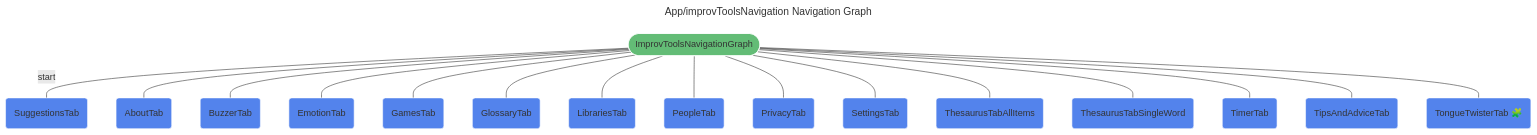
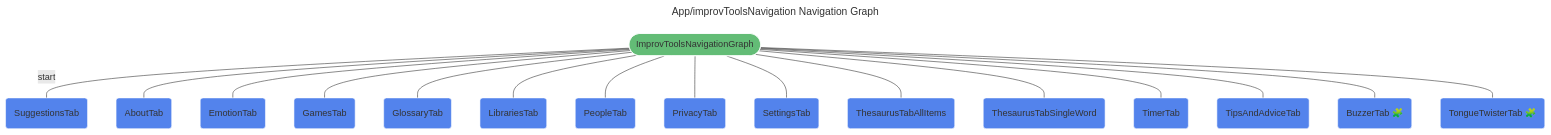
The diagram in docs/static/ImprovToolsNavigationNavGraph.mmd (brokenkernel/improvtools), drawn with Mermaid before and after one commit. The commit also changed 8 other files, not shown here.

First line of the commit message:
[buzzer] move destination into buzzer module

```diff
--- a/docs/static/ImprovToolsNavigationNavGraph.mmd
+++ b/docs/static/ImprovToolsNavigationNavGraph.mmd
@@ -1,26 +1,26 @@
 ---
 title: App/improvToolsNavigation Navigation Graph
 ---
 %%{init: {'theme':'base', 'themeVariables': { 'primaryTextColor': '#fff' }}%%
 graph TD
 app/improv_tools_navigation(["ImprovToolsNavigationGraph"]) -- "start" --- app/suggestions_tab("SuggestionsTab")
 app/improv_tools_navigation(["ImprovToolsNavigationGraph"]) --- app/about_tab("AboutTab")
-app/improv_tools_navigation(["ImprovToolsNavigationGraph"]) --- app/buzzer_tab("BuzzerTab")
 app/improv_tools_navigation(["ImprovToolsNavigationGraph"]) --- app/emotion_tab("EmotionTab")
 app/improv_tools_navigation(["ImprovToolsNavigationGraph"]) --- app/games_tab("GamesTab")
 app/improv_tools_navigation(["ImprovToolsNavigationGraph"]) --- app/glossary_tab("GlossaryTab")
 app/improv_tools_navigation(["ImprovToolsNavigationGraph"]) --- app/libraries_tab("LibrariesTab")
 app/improv_tools_navigation(["ImprovToolsNavigationGraph"]) --- app/people_tab("PeopleTab")
 app/improv_tools_navigation(["ImprovToolsNavigationGraph"]) --- app/privacy_tab("PrivacyTab")
 app/improv_tools_navigation(["ImprovToolsNavigationGraph"]) --- app/settings_tab("SettingsTab")
 app/improv_tools_navigation(["ImprovToolsNavigationGraph"]) --- app/thesaurus_tab_all_items("ThesaurusTabAllItems")
 app/improv_tools_navigation(["ImprovToolsNavigationGraph"]) --- app/thesaurus_tab_single_word("ThesaurusTabSingleWord")
 app/improv_tools_navigation(["ImprovToolsNavigationGraph"]) --- app/timer_tab("TimerTab")
 app/improv_tools_navigation(["ImprovToolsNavigationGraph"]) --- app/tips_and_advice_tab("TipsAndAdviceTab")
+app/improv_tools_navigation(["ImprovToolsNavigationGraph"]) --- buzzer_tab_destination("BuzzerTab 🧩")
 app/improv_tools_navigation(["ImprovToolsNavigationGraph"]) --- tongue_twister_tab_destination("TongueTwisterTab 🧩")
 
 
 classDef destination fill:#5383EC,stroke:#ffffff;
-class app/about_tab,app/buzzer_tab,app/emotion_tab,app/games_tab,app/glossary_tab,app/libraries_tab,app/people_tab,app/privacy_tab,app/settings_tab,app/suggestions_tab,app/thesaurus_tab_all_items,app/thesaurus_tab_single_word,app/timer_tab,app/tips_and_advice_tab,tongue_twister_tab_destination destination;
+class app/about_tab,app/emotion_tab,app/games_tab,app/glossary_tab,app/libraries_tab,app/people_tab,app/privacy_tab,app/settings_tab,app/suggestions_tab,app/thesaurus_tab_all_items,app/thesaurus_tab_single_word,app/timer_tab,app/tips_and_advice_tab,buzzer_tab_destination,tongue_twister_tab_destination destination;
 classDef navgraph fill:#63BC76,stroke:#ffffff;
 class app/improv_tools_navigation navgraph;
```
